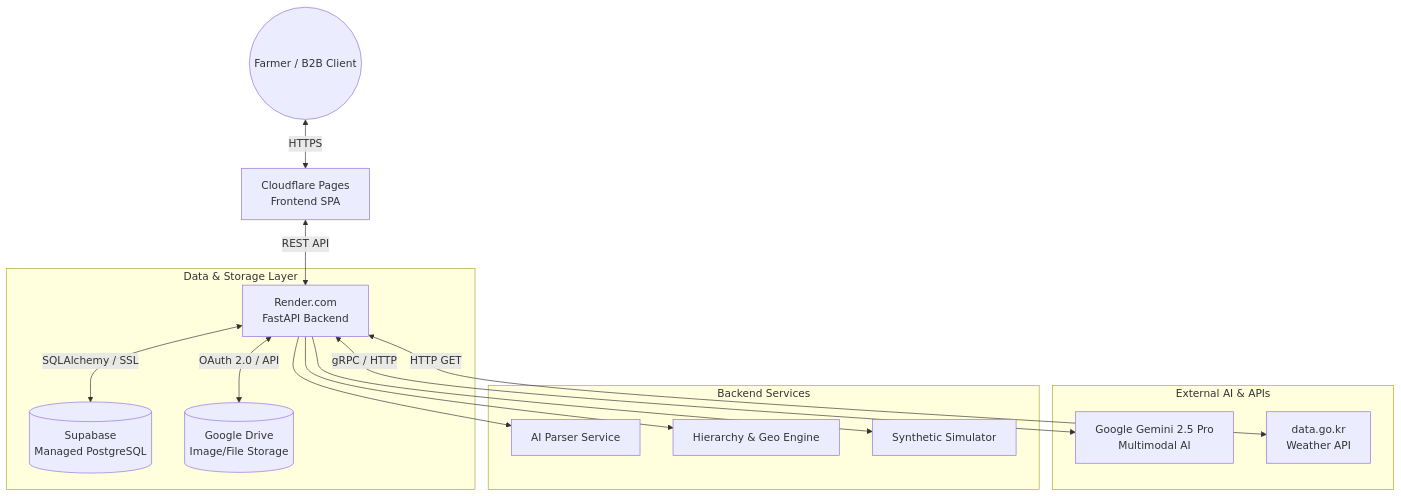
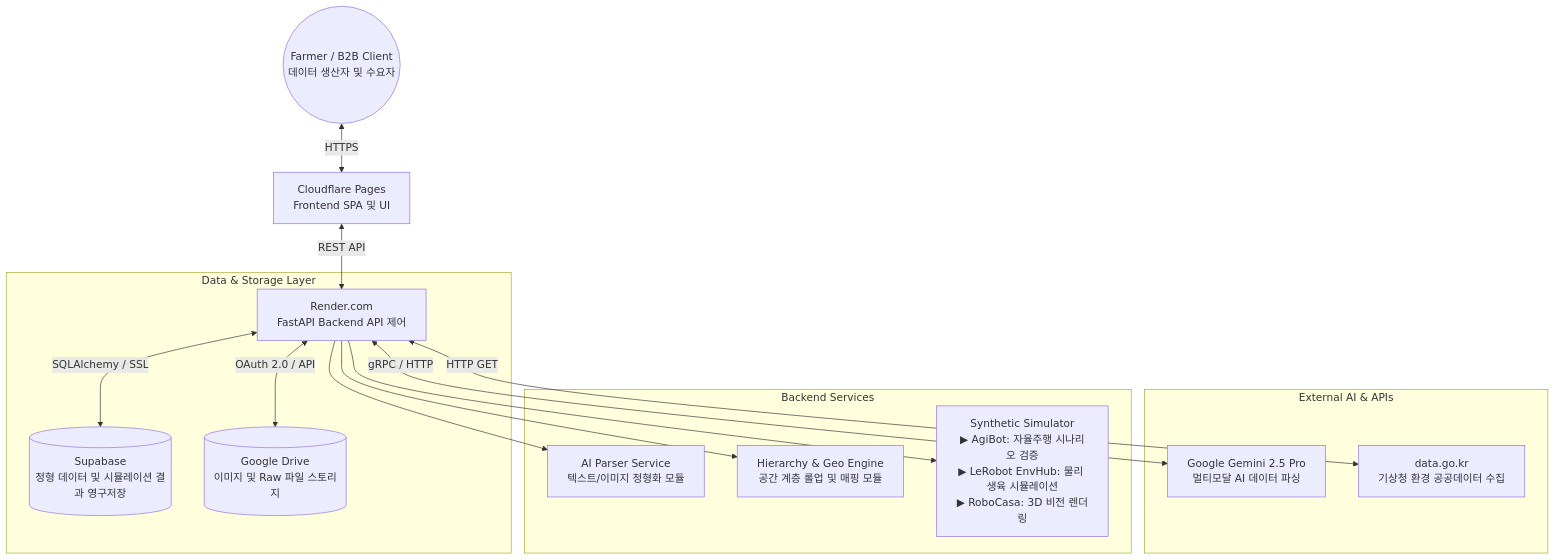
One commit to softkleenex/livinglab_2026 changed the first of 2 diagrams in docs/architecture/SYSTEM_ARCH.md. Above: the diagram before and after it, drawn with Mermaid. The commit also changed 1 other file, not shown here.

Commit message:
docs: 시스템 아키텍처 다이어그램에 오픈소스 시뮬레이터(AgiBot, EnvHub, RoboCasa) 등 핵심 역할 설명 추가

````diff
--- a/docs/architecture/SYSTEM_ARCH.md
+++ b/docs/architecture/SYSTEM_ARCH.md
@@ -9,22 +9,22 @@
 ```mermaid
 graph TD
-    User((Farmer / B2B Client)) <-->|HTTPS| Cloudflare[Cloudflare Pages\nFrontend SPA]
+    User((Farmer / B2B Client<br/>데이터 생산자 및 수요자)) <-->|HTTPS| Cloudflare[Cloudflare Pages<br/>Frontend SPA 및 UI]
     
-    Cloudflare <-->|REST API| API_Gateway[Render.com\nFastAPI Backend]
+    Cloudflare <-->|REST API| API_Gateway[Render.com<br/>FastAPI Backend API 제어]
     
     subgraph Data & Storage Layer
-        API_Gateway <-->|SQLAlchemy / SSL| DB[(Supabase\nManaged PostgreSQL)]
-        API_Gateway <-->|OAuth 2.0 / API| GDrive[(Google Drive\nImage/File Storage)]
+        API_Gateway <-->|SQLAlchemy / SSL| DB[(Supabase<br/>정형 데이터 및 시뮬레이션 결과 영구저장)]
+        API_Gateway <-->|OAuth 2.0 / API| GDrive[(Google Drive<br/>이미지 및 Raw 파일 스토리지)]
     end
     
     subgraph External AI & APIs
-        API_Gateway <-->|gRPC / HTTP| AI[Google Gemini 2.5 Pro\nMultimodal AI]
-        API_Gateway <-->|HTTP GET| PublicAPI[data.go.kr\nWeather API]
+        API_Gateway <-->|gRPC / HTTP| AI[Google Gemini 2.5 Pro<br/>멀티모달 AI 데이터 파싱]
+        API_Gateway <-->|HTTP GET| PublicAPI[data.go.kr<br/>기상청 환경 공공데이터 수집]
     end
     
     subgraph Backend Internal [Backend Services]
-        API_Gateway --> AI_Parser[AI Parser Service]
-        API_Gateway --> Geo_Engine[Hierarchy & Geo Engine]
-        API_Gateway --> Simulator[Synthetic Simulator]
+        API_Gateway --> AI_Parser[AI Parser Service<br/>텍스트/이미지 정형화 모듈]
+        API_Gateway --> Geo_Engine[Hierarchy & Geo Engine<br/>공간 계층 롤업 및 매핑 모듈]
+        API_Gateway --> Simulator[Synthetic Simulator<br/>▶ AgiBot: 자율주행 시나리오 검증<br/>▶ LeRobot EnvHub: 물리 생육 시뮬레이션<br/>▶ RoboCasa: 3D 비전 렌더링]
     end
 ```
````
